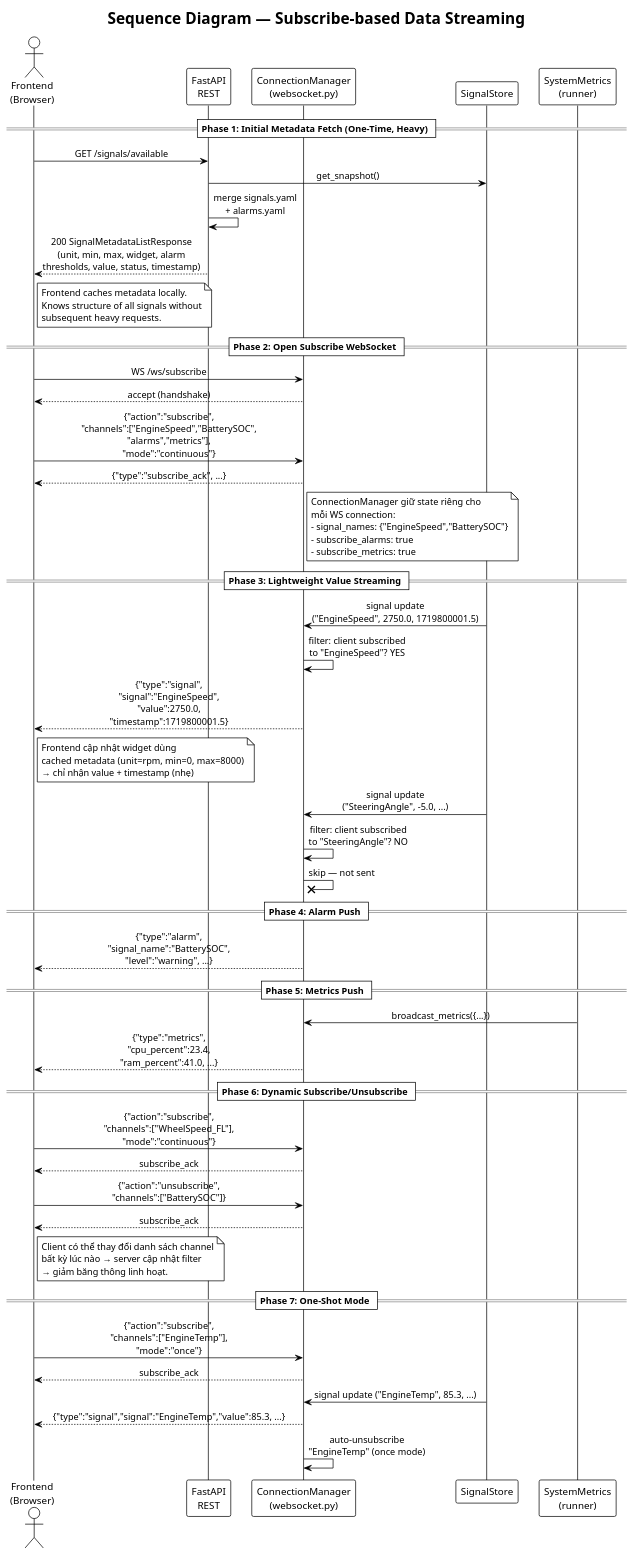
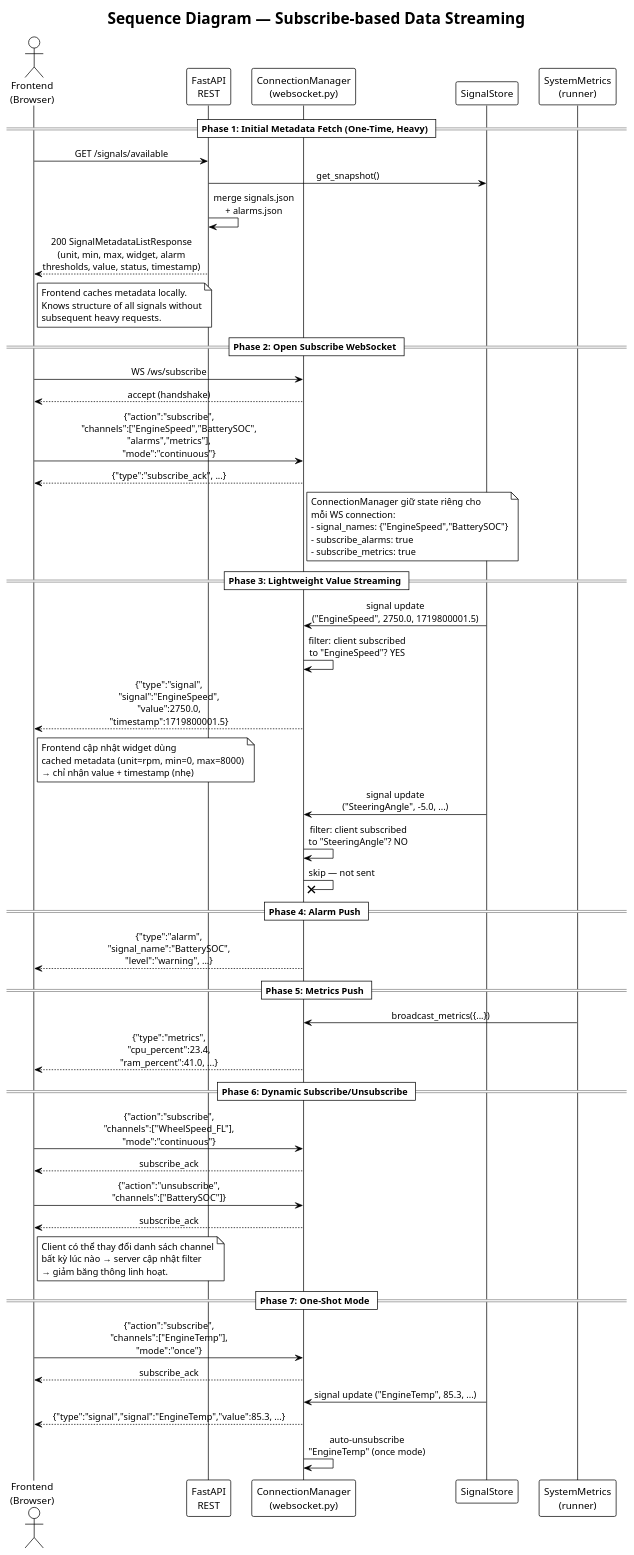
Before and after one commit to 3tdn/car-hmi: the diagram in diagram/19_sequence_subscribe_flow.puml, drawn with PlantUML. The commit also changed 35 other files, not shown here.

Commit message:
thay doi config yaml thanh json

```diff
--- a/diagram/19_sequence_subscribe_flow.puml
+++ b/diagram/19_sequence_subscribe_flow.puml
@@ -1,90 +1,90 @@
 @startuml 19_sequence_subscribe_flow
 !theme plain
 skinparam sequenceMessageAlign center
 skinparam responseMessageBelowArrow true
 
 title Sequence Diagram — Subscribe-based Data Streaming
 
 actor       "Frontend\n(Browser)"  as FE
 participant "FastAPI\nREST"        as REST
 participant "ConnectionManager\n(websocket.py)" as WS
 participant "SignalStore"          as SS
 participant "SystemMetrics\n(runner)"  as SM
 
 == Phase 1: Initial Metadata Fetch (One-Time, Heavy) ==
 
 FE -> REST : GET /signals/available
 REST -> SS : get_snapshot()
-REST -> REST : merge signals.yaml\n+ alarms.yaml
+REST -> REST : merge signals.json\n+ alarms.json
 REST --> FE : 200 SignalMetadataListResponse\n(unit, min, max, widget, alarm\nthresholds, value, status, timestamp)
 
 note right of FE
   Frontend caches metadata locally.
   Knows structure of all signals without
   subsequent heavy requests.
 end note
 
 == Phase 2: Open Subscribe WebSocket ==
 
 FE -> WS : WS /ws/subscribe
 WS --> FE : accept (handshake)
 
 FE -> WS : {"action":"subscribe",\n"channels":["EngineSpeed","BatterySOC",\n"alarms","metrics"],\n"mode":"continuous"}
 WS --> FE : {"type":"subscribe_ack", ...}
 
 note right of WS
   ConnectionManager giữ state riêng cho
   mỗi WS connection:
   - signal_names: {"EngineSpeed","BatterySOC"}
   - subscribe_alarms: true
   - subscribe_metrics: true
 end note
 
 == Phase 3: Lightweight Value Streaming ==
 
 SS -> WS : signal update\n("EngineSpeed", 2750.0, 1719800001.5)
 WS -> WS : filter: client subscribed\nto "EngineSpeed"? YES
 WS --> FE : {"type":"signal",\n"signal":"EngineSpeed",\n"value":2750.0,\n"timestamp":1719800001.5}
 
 note right of FE
   Frontend cập nhật widget dùng
   cached metadata (unit=rpm, min=0, max=8000)
   → chỉ nhận value + timestamp (nhẹ)
 end note
 
 SS -> WS : signal update\n("SteeringAngle", -5.0, ...)
 WS -> WS : filter: client subscribed\nto "SteeringAngle"? NO
 WS ->x WS : skip — not sent
 
 == Phase 4: Alarm Push ==
 
 WS --> FE : {"type":"alarm",\n"signal_name":"BatterySOC",\n"level":"warning", ...}
 
 == Phase 5: Metrics Push ==
 
 SM -> WS : broadcast_metrics({...})
 WS --> FE : {"type":"metrics",\n"cpu_percent":23.4,\n"ram_percent":41.0, ...}
 
 == Phase 6: Dynamic Subscribe/Unsubscribe ==
 
 FE -> WS : {"action":"subscribe",\n"channels":["WheelSpeed_FL"],\n"mode":"continuous"}
 WS --> FE : subscribe_ack
 
 FE -> WS : {"action":"unsubscribe",\n"channels":["BatterySOC"]}
 WS --> FE : subscribe_ack
 
 note right of FE
   Client có thể thay đổi danh sách channel
   bất kỳ lúc nào → server cập nhật filter
   → giảm băng thông linh hoạt.
 end note
 
 == Phase 7: One-Shot Mode ==
 
 FE -> WS : {"action":"subscribe",\n"channels":["EngineTemp"],\n"mode":"once"}
 WS --> FE : subscribe_ack
 SS -> WS : signal update ("EngineTemp", 85.3, ...)
 WS --> FE : {"type":"signal","signal":"EngineTemp","value":85.3, ...}
 WS -> WS : auto-unsubscribe\n"EngineTemp" (once mode)
 
 @enduml
```
